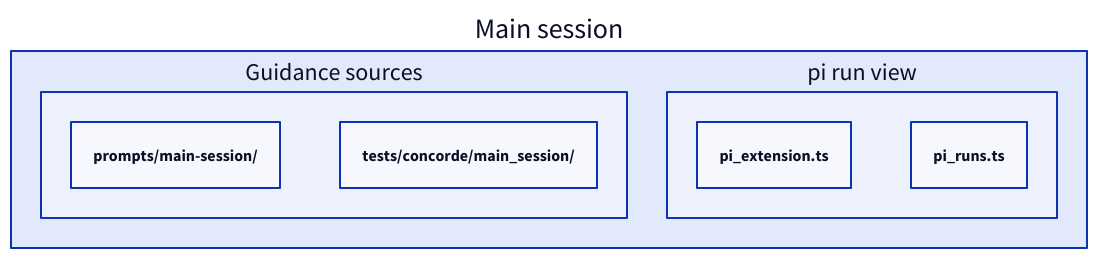
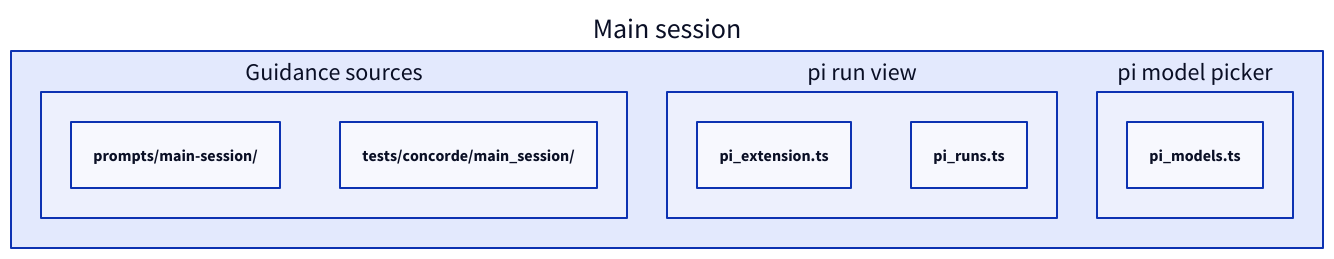
One commit to FTOD/concorde changed the second of 3 diagrams in specs/concorde/main-session/module.md. Above: the diagram before and after it, drawn with D2. The commit also changed other lines of this file and 43 other files, not shown here.

````diff
--- a/specs/concorde/main-session/module.md
+++ b/specs/concorde/main-session/module.md
@@ -154,12 +170,15 @@
 ```d2
 mainsession: Main session {
   guidance: Guidance sources {
     "prompts/main-session/"
     "tests/concorde/main_session/"
   }
   view: pi run view {
     "pi_extension.ts"
     "pi_runs.ts"
   }
+  picker: pi model picker {
+    "pi_models.ts"
+  }
 }
 ```
````
